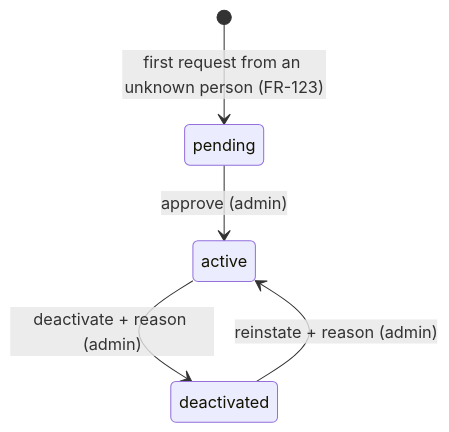
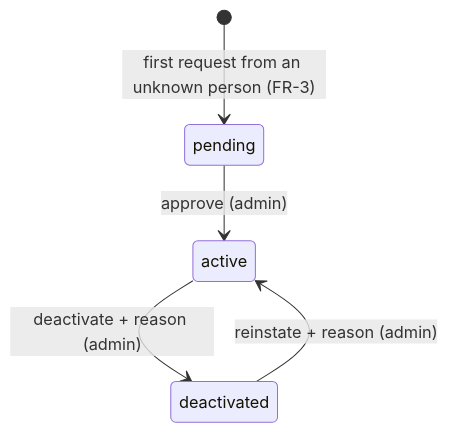
The second of 2 diagrams in docs/specs/keycloak-auth-module.md (Thommans-Playground/playground-keycloak), drawn with Mermaid before and after one commit. The commit also changed other lines of this file and 35 other files, not shown here.

````diff
--- a/docs/specs/keycloak-auth-module.md
+++ b/docs/specs/keycloak-auth-module.md
@@ -52,7 +52,7 @@
 ```mermaid
 stateDiagram-v2
-    [*] --> pending: first request from an unknown person (FR-123)
+    [*] --> pending: first request from an unknown person (FR-3)
     pending --> active: approve (admin)
     active --> deactivated: deactivate + reason (admin)
     deactivated --> active: reinstate + reason (admin)
 ```
````
